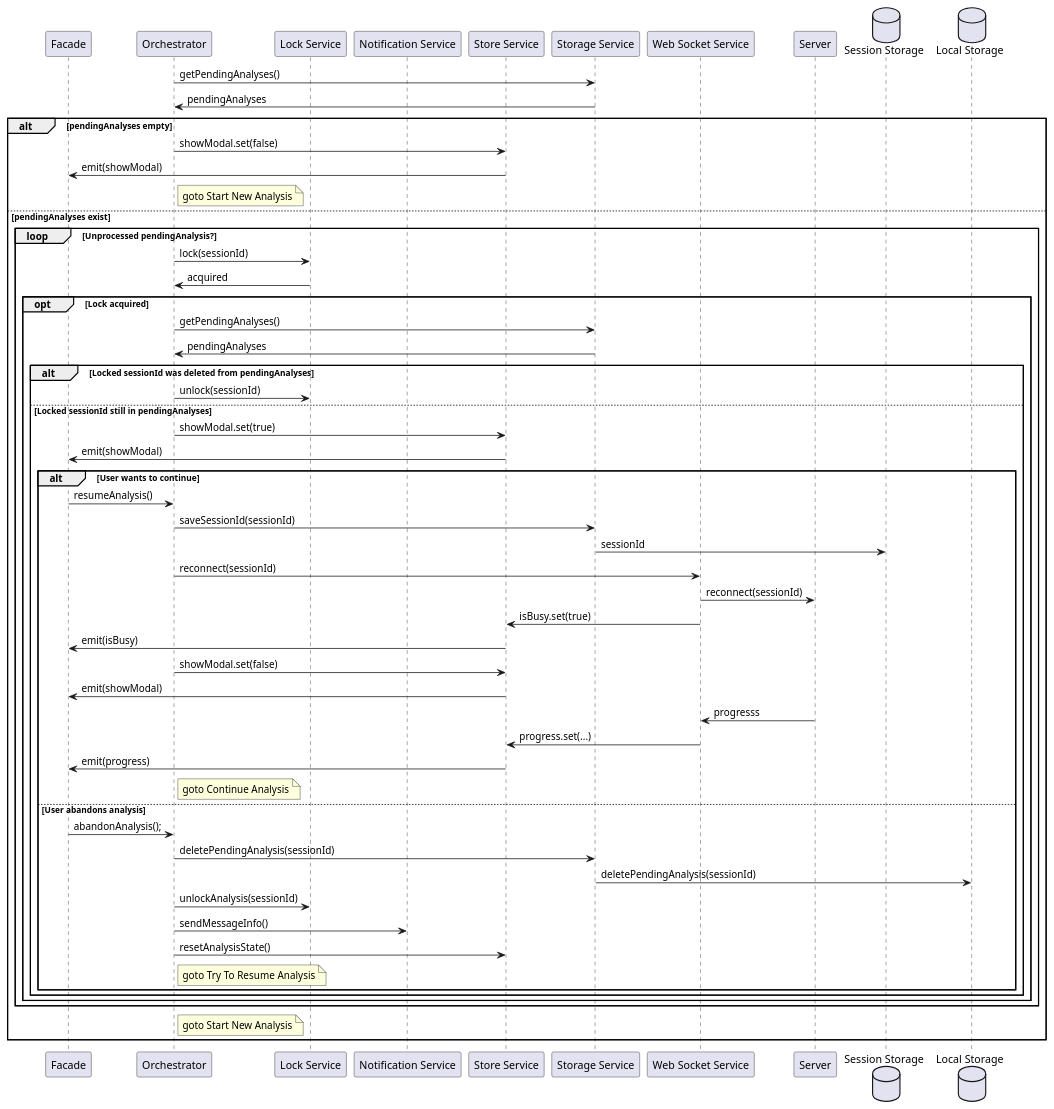
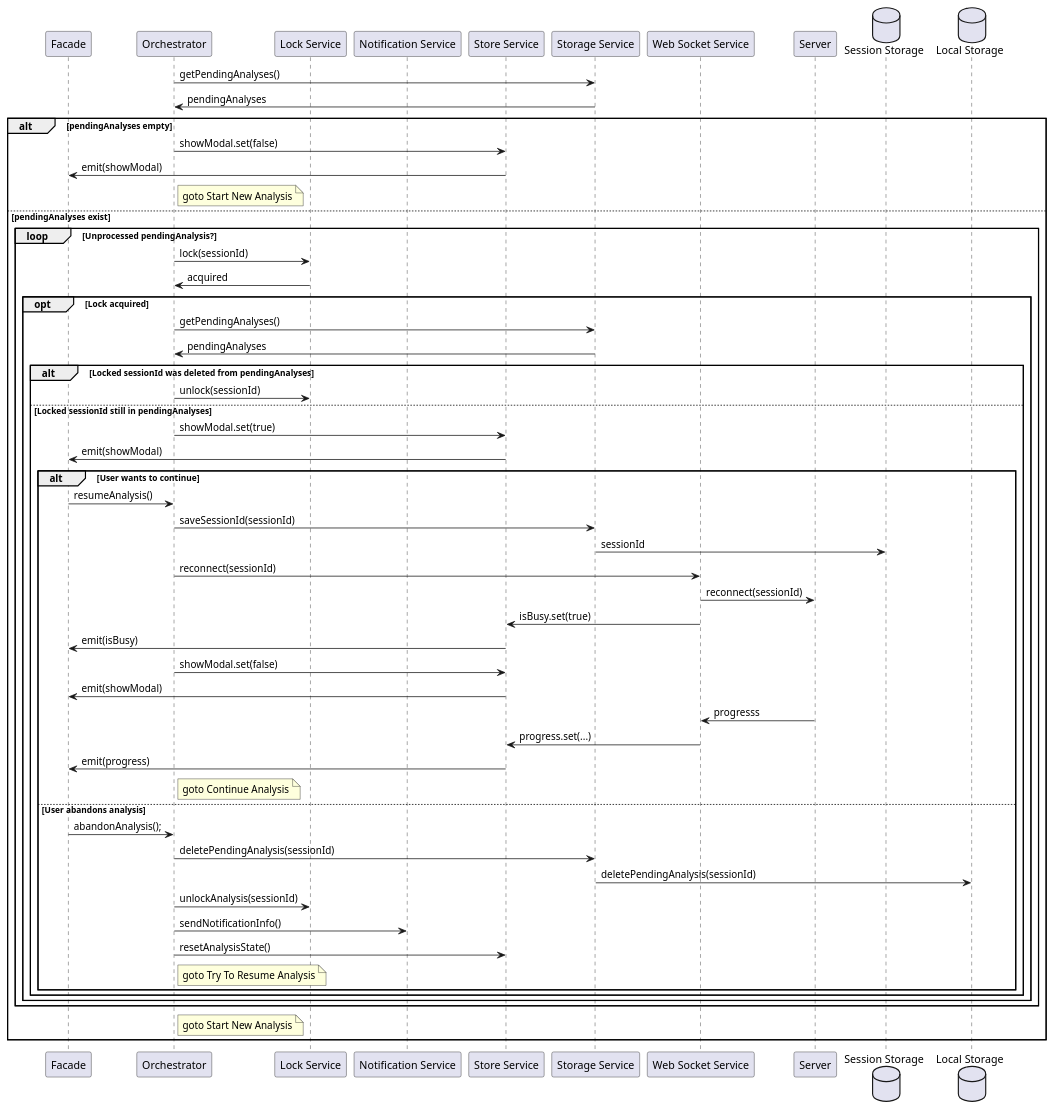
The diagram in docs/analysis-run/diagrams/try-to-resume-analysis.sequence.puml (marg4ryn/Strata), drawn with PlantUML before and after one commit. The commit also changed 2 other files, not shown here.

Commit message:
docs: update abort handling logic and notifications service function names in diagrams

```diff
--- a/docs/analysis-run/diagrams/try-to-resume-analysis.sequence.puml
+++ b/docs/analysis-run/diagrams/try-to-resume-analysis.sequence.puml
@@ -1,70 +1,70 @@
 @startuml Try To Resume Analysis
 
 participant "Facade" as F
 participant "Orchestrator" as O
 participant "Lock Service" as L
 participant "Notification Service" as N
 participant "Store Service" as ST
 participant "Storage Service" as STG
 participant "Web Socket Service" as WS
 participant "Server" as SRV
 
 database "Session Storage" as SS
 database "Local Storage" as LS
 
 O -> STG: getPendingAnalyses()
 STG -> O: pendingAnalyses
 
 alt pendingAnalyses empty
     O -> ST: showModal.set(false)
     ST -> F: emit(showModal)
     note right of O: goto Start New Analysis
 
 else pendingAnalyses exist
     loop Unprocessed pendingAnalysis?
         O -> L: lock(sessionId)
         L -> O: acquired
 
         opt Lock acquired
             O -> STG: getPendingAnalyses()
             STG -> O: pendingAnalyses
             
             alt Locked sessionId was deleted from pendingAnalyses
                 O -> L: unlock(sessionId)
 
             else Locked sessionId still in pendingAnalyses
                 O -> ST: showModal.set(true)
                 ST -> F: emit(showModal)
 
                 alt User wants to continue
                     F -> O: resumeAnalysis()
                     O -> STG: saveSessionId(sessionId)
                     STG -> SS: sessionId
                     O -> WS: reconnect(sessionId)
                     WS -> SRV: reconnect(sessionId)
                     WS -> ST: isBusy.set(true)
                     ST -> F: emit(isBusy)
                     O -> ST: showModal.set(false)
                     ST -> F: emit(showModal)
                     SRV -> WS: progresss
                     WS -> ST: progress.set(...)
                     ST -> F: emit(progress)
                     note right of O: goto Continue Analysis
 
                 else User abandons analysis
                     F -> O: abandonAnalysis();
                     O -> STG: deletePendingAnalysis(sessionId)
                     STG -> LS: deletePendingAnalysis(sessionId)
                     O -> L: unlockAnalysis(sessionId)
-                    O -> N: sendMessageInfo()
+                    O -> N: sendNotificationInfo()
                     O -> ST: resetAnalysisState()
                     note right of O: goto Try To Resume Analysis
                 end
             end
         end
     end
 
    note right of O: goto Start New Analysis
 end
 
 @enduml
```
